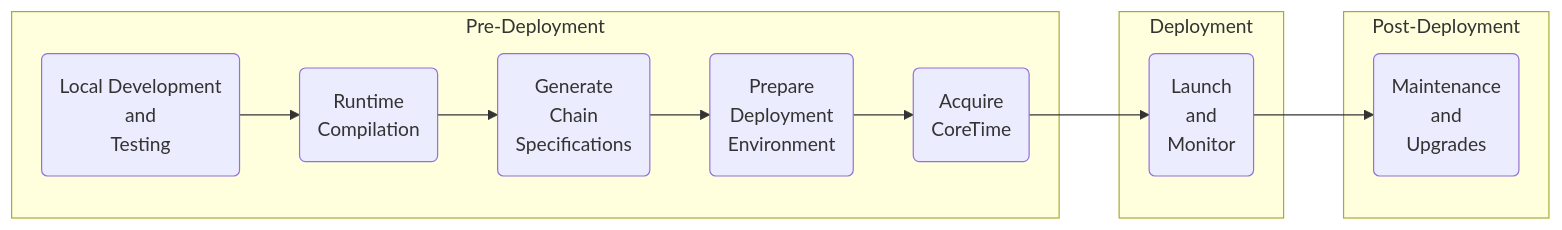
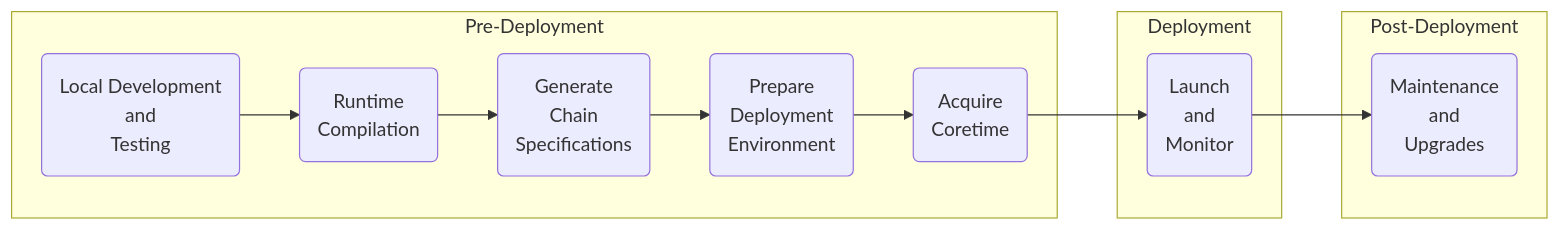
One commit to polkadot-developers/polkadot-docs changed the diagram in develop/blockchains/deployment/overview.md. Above: the diagram before and after it, drawn with Mermaid. The commit also changed other lines of this file, not shown here.

````diff
--- a/develop/blockchains/deployment/overview.md
+++ b/develop/blockchains/deployment/overview.md
@@ -19,15 +19,15 @@
 ```mermaid
 graph LR
     subgraph Pre-Deployment
     A("Local Development\nand\nTesting") --> B("Runtime \n Compilation")
     B --> C("Generate \n Chain \n Specifications")
     C --> D("Prepare \n Deployment \n Environment")
-    D --> E("Acquire \n CoreTime")
+    D --> E("Acquire \n Coretime")
     end
     subgraph Deployment
     E --> F("Launch \n and \n Monitor")
     end
     subgraph Post-Deployment
     F --> G("Maintenance \n and \n Upgrades")
     end
 ```
````
